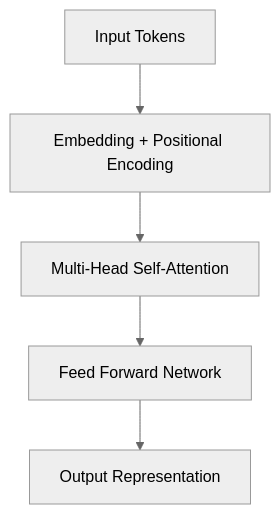
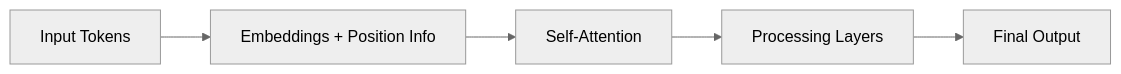
The second of 3 diagrams in 02-Transformer-Architecture/README.md (gil-son/llm-engineering-lab), drawn with Mermaid (neutral theme) before and after one commit. The commit also changed other lines of this file, not shown here.

First line of the commit message:
docs: revise README for Transformer architecture details

````diff
--- a/02-Transformer-Architecture/README.md
+++ b/02-Transformer-Architecture/README.md
@@ -51,7 +140,7 @@
 ```mermaid
-graph TD
-A[Input Tokens] --> B[Embedding + Positional Encoding]
-B --> C[Multi-Head Self-Attention]
-C --> D[Feed Forward Network]
-D --> E[Output Representation]
+graph LR
+A[Input Tokens] --> B[Embeddings + Position Info]
+B --> C[Self-Attention]
+C --> D[Processing Layers]
+D --> E[Final Output]
 ```
````
